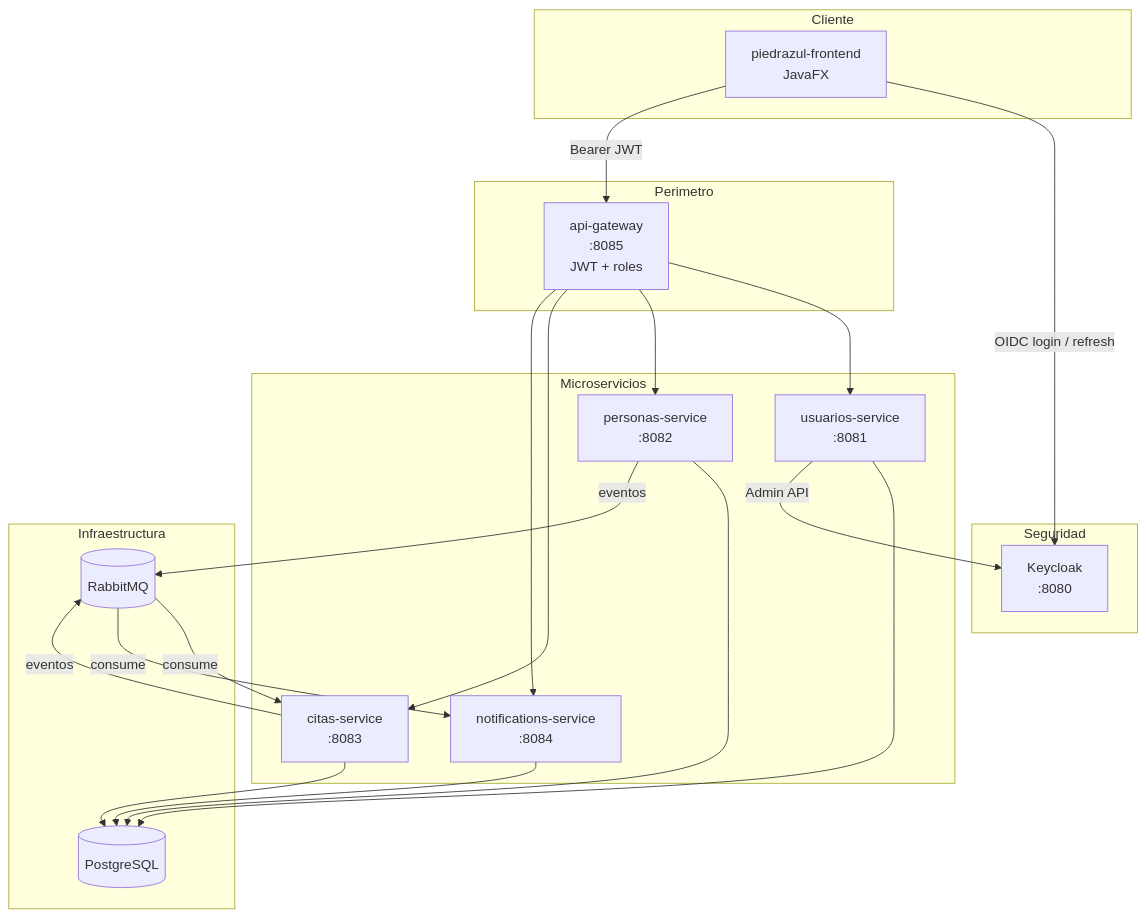
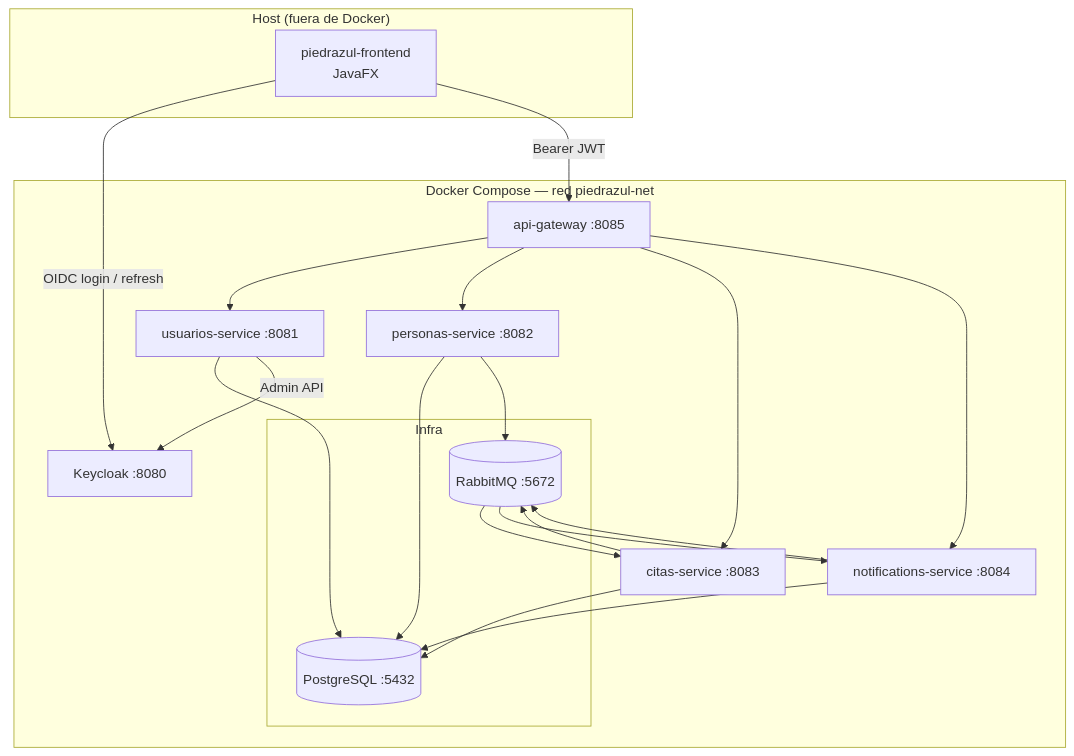
Before and after one commit to rhony-martinez/piedrazul_microservices: the first of 4 diagrams in README.md, drawn with Mermaid. The commit also changed other lines of this file, not shown here.

Commit message:
Versión final contenerizada con Docker y actualización de documento README

````diff
--- a/README.md
+++ b/README.md
@@ -74,39 +80,28 @@
 ```mermaid
 flowchart TB
-    subgraph Cliente
+    subgraph Host["Host (fuera de Docker)"]
         FX[piedrazul-frontend<br/>JavaFX]
     end
 
-    subgraph Seguridad
-        KC[Keycloak<br/>:8080]
-    end
+    subgraph Compose["Docker Compose — red piedrazul-net"]
+        subgraph Infra
+            PG[(PostgreSQL :5432)]
+            MQ[(RabbitMQ :5672)]
+        end
 
-    subgraph Perimetro
-        GW[api-gateway<br/>:8085<br/>JWT + roles]
-    end
-
-    subgraph Microservicios
-        US[usuarios-service<br/>:8081]
-        PS[personas-service<br/>:8082]
-        CS[citas-service<br/>:8083]
-        NS[notifications-service<br/>:8084]
-    end
-
-    subgraph Infraestructura
-        PG[(PostgreSQL)]
-        MQ[(RabbitMQ)]
+        KC[Keycloak :8080]
+        GW[api-gateway :8085]
+        US[usuarios-service :8081]
+        PS[personas-service :8082]
+        CS[citas-service :8083]
+        NS[notifications-service :8084]
     end
 
     FX -->|OIDC login / refresh| KC
     FX -->|Bearer JWT| GW
     GW --> US & PS & CS & NS
-    US --> PG
-    PS --> PG
-    CS --> PG
-    NS --> PG
-    PS -->|eventos| MQ
-    CS -->|eventos| MQ
-    MQ -->|consume| CS
-    MQ -->|consume| NS
+    US & PS & CS & NS --> PG
+    PS & CS & NS --> MQ
+    MQ --> CS & NS
     US -->|Admin API| KC
 ```
````
